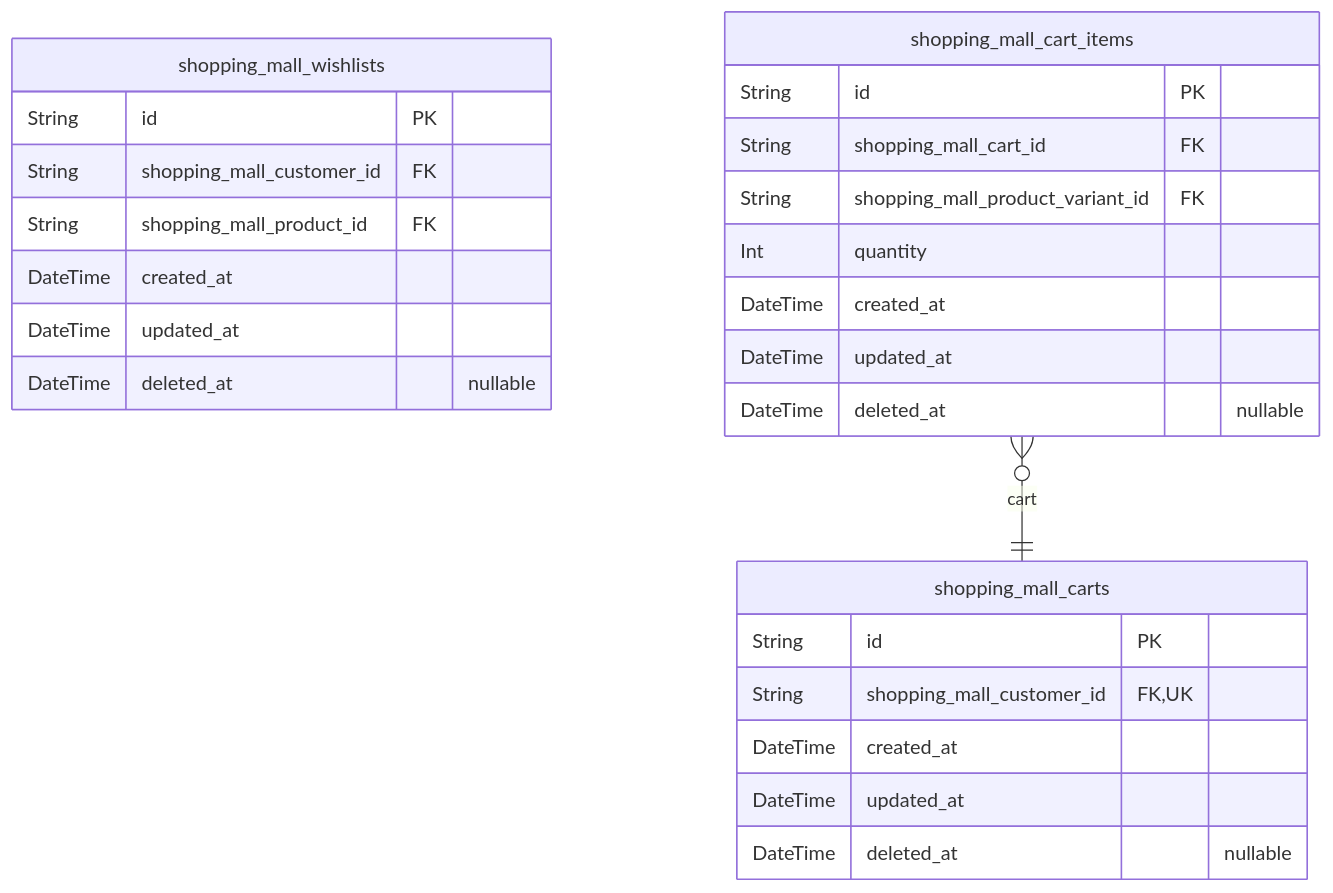
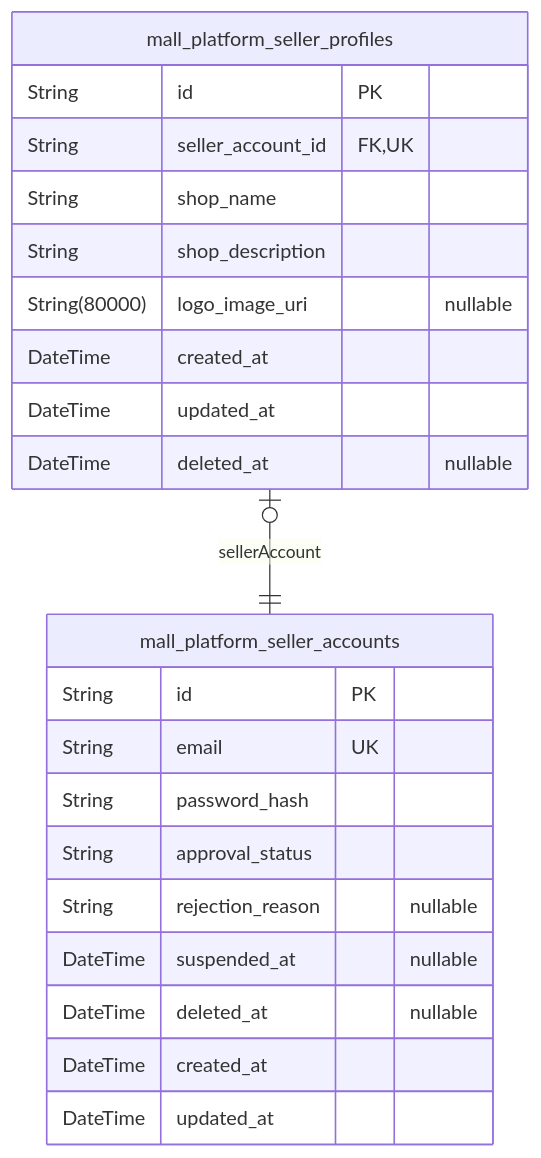
One commit to wrtnlabs/autobe-examples changed the third of 17 diagrams in openai/gpt-5.4-mini/shopping/docs/ERD.md. Above: the diagram before and after it, drawn with Mermaid. The commit also changed other lines of this file and 9017 other files, not shown here.

````diff
--- a/openai/gpt-5.4-mini/shopping/docs/ERD.md
+++ b/openai/gpt-5.4-mini/shopping/docs/ERD.md
@@ -436,28 +421,25 @@
 ```mermaid
 erDiagram
-"shopping_mall_wishlists" {
+"mall_platform_seller_accounts" {
   String id PK
-  String shopping_mall_customer_id FK
-  String shopping_mall_product_id FK
+  String email UK
+  String password_hash
+  String approval_status
+  String rejection_reason "nullable"
+  DateTime suspended_at "nullable"
+  DateTime deleted_at "nullable"
+  DateTime created_at
+  DateTime updated_at
+}
+"mall_platform_seller_profiles" {
+  String id PK
+  String seller_account_id FK,UK
+  String shop_name
+  String shop_description
+  String(80000) logo_image_uri "nullable"
   DateTime created_at
   DateTime updated_at
   DateTime deleted_at "nullable"
 }
-"shopping_mall_carts" {
-  String id PK
-  String shopping_mall_customer_id FK,UK
-  DateTime created_at
-  DateTime updated_at
-  DateTime deleted_at "nullable"
-}
-"shopping_mall_cart_items" {
-  String id PK
-  String shopping_mall_cart_id FK
-  String shopping_mall_product_variant_id FK
-  Int quantity
-  DateTime created_at
-  DateTime updated_at
-  DateTime deleted_at "nullable"
-}
-"shopping_mall_cart_items" }o--|| "shopping_mall_carts" : cart
+"mall_platform_seller_profiles" |o--|| "mall_platform_seller_accounts" : sellerAccount
 ```
````
